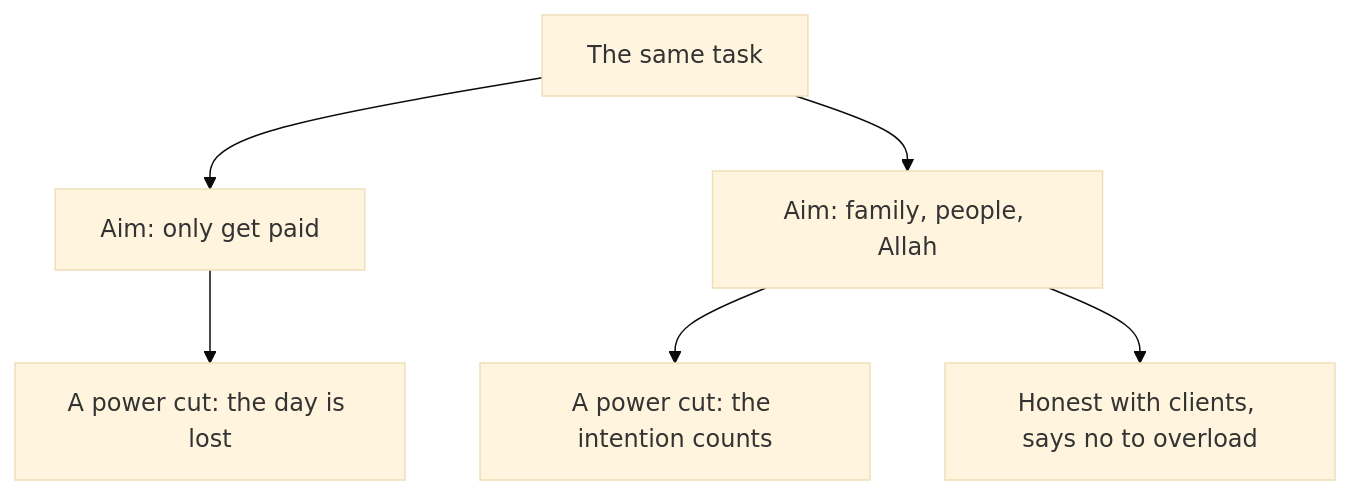
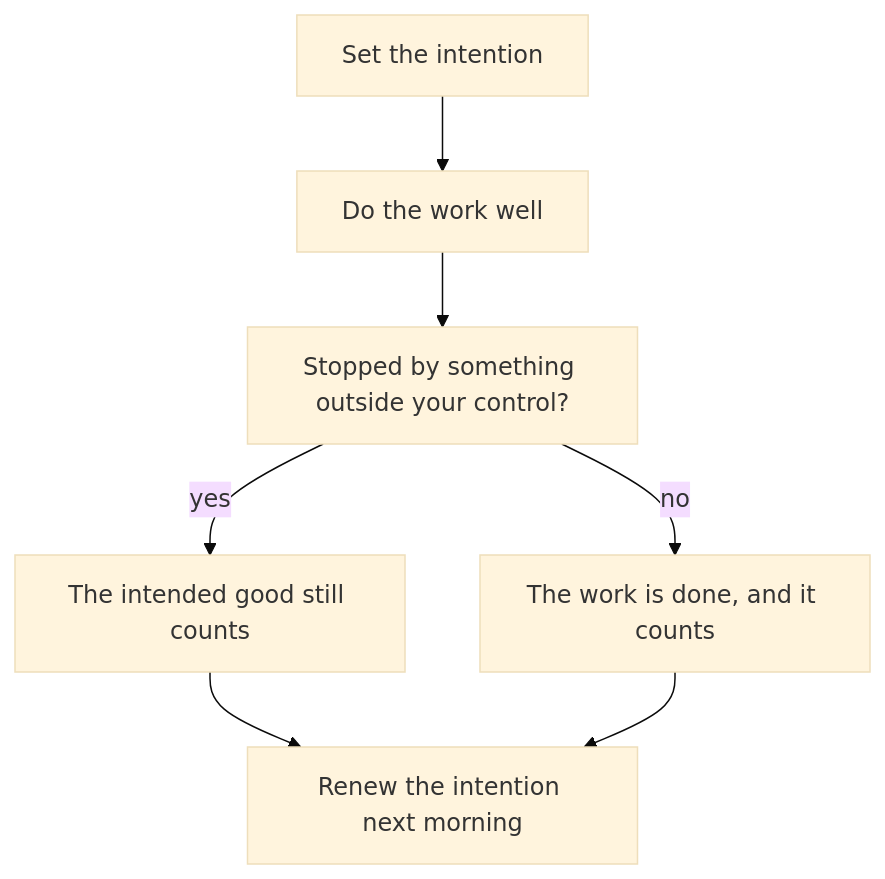
The diagram in content/import/faith-and-resilience/06-intention-work-and-starting-again/06.02-intention.md (Muhammad-AnasKhan/Buildment), drawn with Mermaid (base theme) before and after one commit. The commit also changed other lines of this file and 23 other files, not shown here.

````diff
--- a/content/import/faith-and-resilience/06-intention-work-and-starting-again/06.02-intention.md
+++ b/content/import/faith-and-resilience/06-intention-work-and-starting-again/06.02-intention.md
@@ -85,8 +85,9 @@
 ```mermaid
 flowchart TD
-  A["The same task"] --> B["Aim: only get paid"]
-  A --> C["Aim: family, people, Allah"]
-  B --> D["A power cut: the day is lost"]
-  C --> E["A power cut: the intention counts"]
-  C --> F["Honest with clients, says no to overload"]
+  A["Set the intention"] --> B["Do the work well"]
+  B --> C["Stopped by something outside your control?"]
+  C -->|"yes"| D["The intended good still counts"]
+  C -->|"no"| E["The work is done, and it counts"]
+  D --> F["Renew the intention next morning"]
+  E --> F
 ```
````
